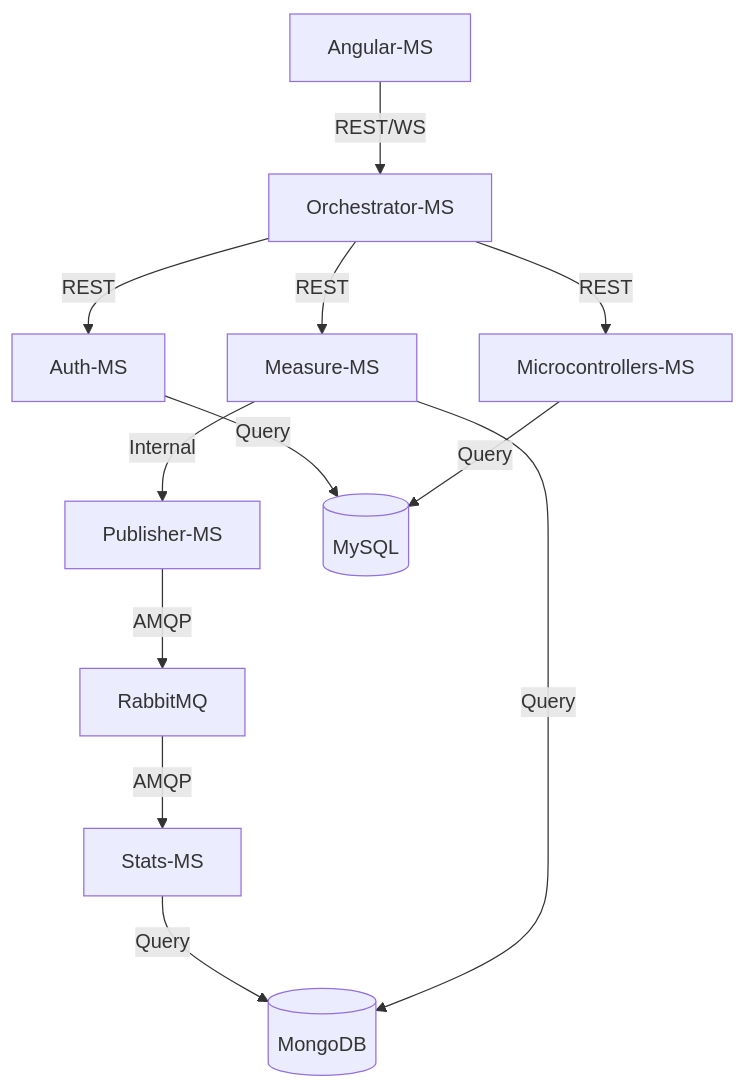
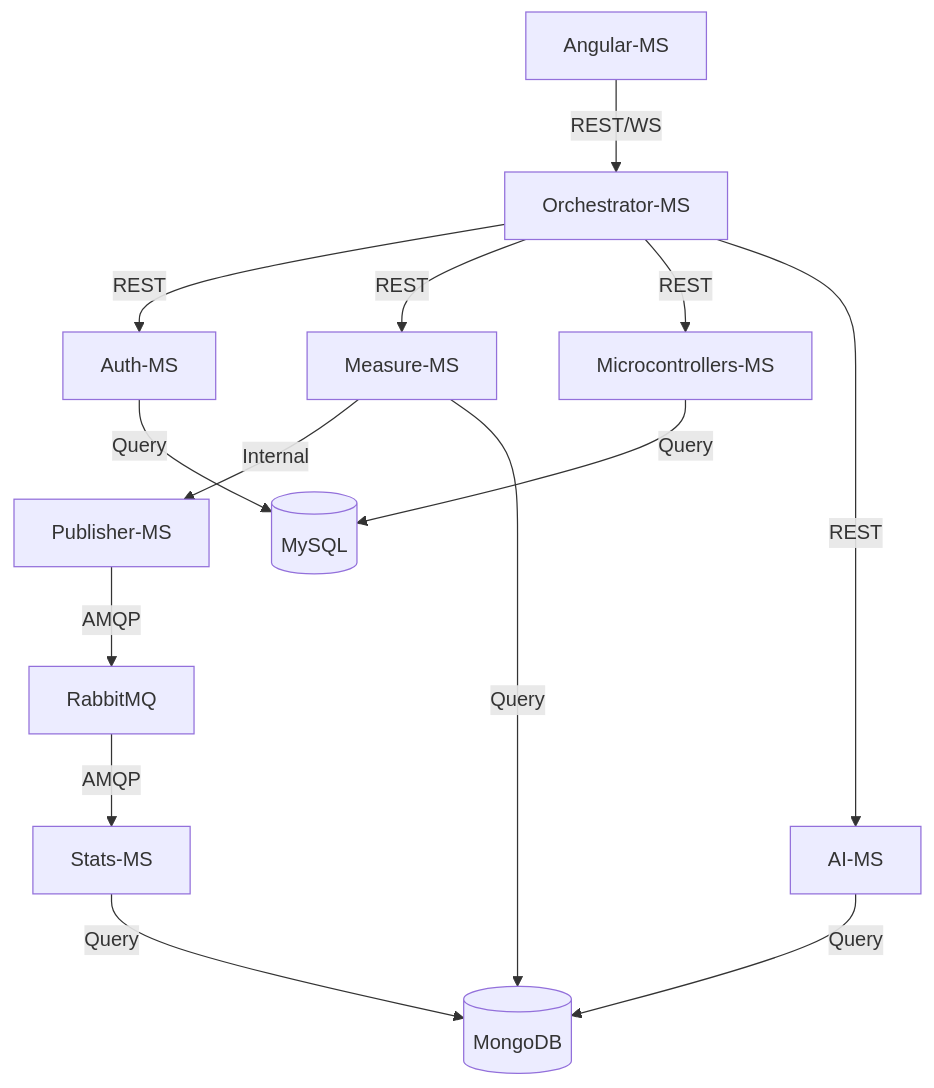
One commit to sergioitremotejobs2025-sketch/GreenHouse_Arduino changed the diagram in Documentation/Version_1/Book_Version_1.md. Above: the diagram before and after it, drawn with Mermaid. The commit also changed other lines of this file, not shown here.

````diff
--- a/Documentation/Version_1/Book_Version_1.md
+++ b/Documentation/Version_1/Book_Version_1.md
@@ -59,14 +60,16 @@
 ```mermaid
 graph TD
     A[Angular-MS] -->|REST/WS| B[Orchestrator-MS]
     B -->|REST| C[Auth-MS]
     B -->|REST| D[Measure-MS]
     B -->|REST| E[Microcontrollers-MS]
+    B -->|REST| K[AI-MS]
     D -->|Internal| F[Publisher-MS]
     F -->|AMQP| G[RabbitMQ]
     G -->|AMQP| H[Stats-MS]
     H -->|Query| I[(MongoDB)]
+    K -->|Query| I
     D -->|Query| I
     C -->|Query| J[(MySQL)]
     E -->|Query| J
 ```
````
